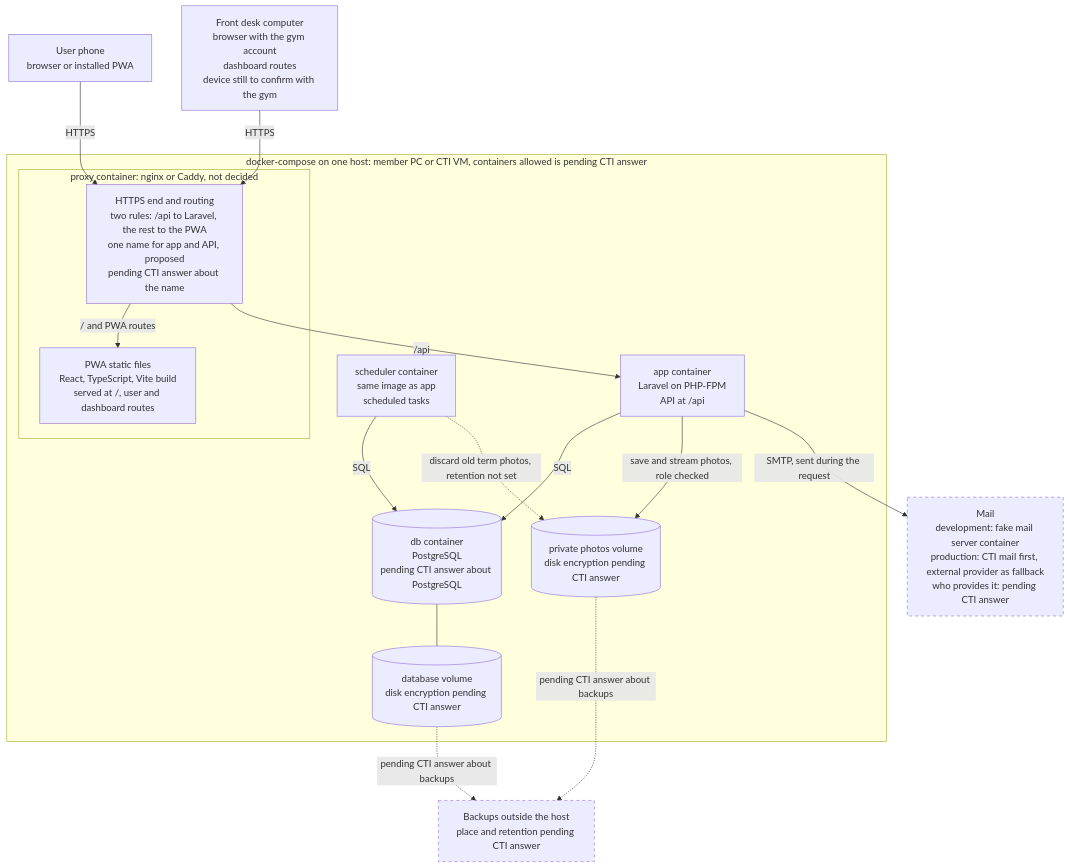
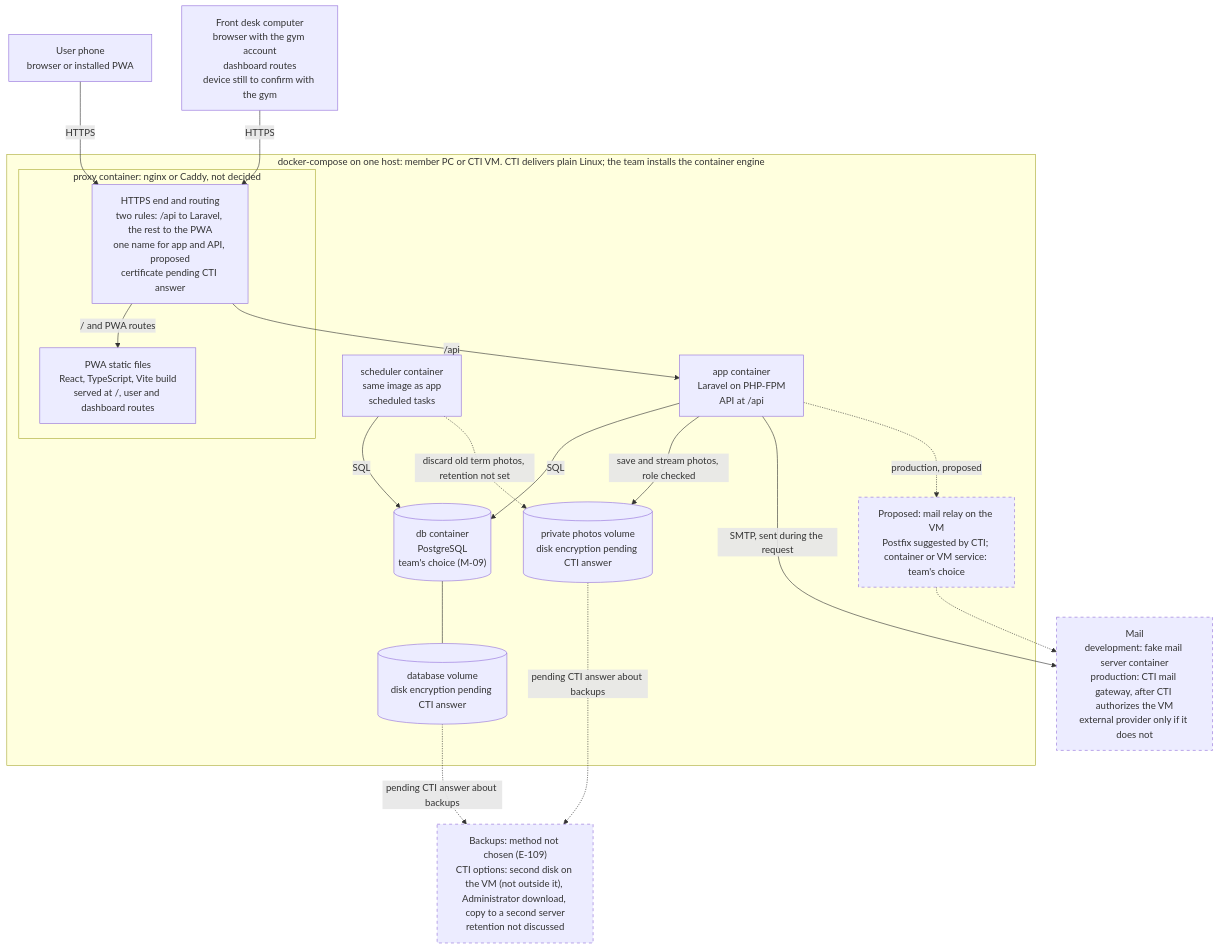
The second of 5 diagrams in docs/design/architecture.md (Th3-Minorities/natatorio-gym-app), drawn with Mermaid before and after one commit. The commit also changed other lines of this file and 7 other files, not shown here.

````diff
--- a/docs/design/architecture.md
+++ b/docs/design/architecture.md
@@ -61,36 +61,39 @@
 ```mermaid
 flowchart TD
   PH["User phone<br/>browser or installed PWA"]
   FD["Front desk computer<br/>browser with the gym account<br/>dashboard routes<br/>device still to confirm with the gym"]
 
-  subgraph HOST["docker-compose on one host: member PC or CTI VM, containers allowed is pending CTI answer"]
+  subgraph HOST["docker-compose on one host: member PC or CTI VM. CTI delivers plain Linux; the team installs the container engine"]
     subgraph PXC["proxy container: nginx or Caddy, not decided"]
-      PX["HTTPS end and routing<br/>two rules: /api to Laravel, the rest to the PWA<br/>one name for app and API, proposed<br/>pending CTI answer about the name"]
+      PX["HTTPS end and routing<br/>two rules: /api to Laravel, the rest to the PWA<br/>one name for app and API, proposed<br/>certificate pending CTI answer"]
       ST["PWA static files<br/>React, TypeScript, Vite build<br/>served at /, user and dashboard routes"]
     end
     APP["app container<br/>Laravel on PHP-FPM<br/>API at /api"]
     SCH["scheduler container<br/>same image as app<br/>scheduled tasks"]
-    DB[("db container<br/>PostgreSQL<br/>pending CTI answer about PostgreSQL")]
+    RELAY["Proposed: mail relay on the VM<br/>Postfix suggested by CTI; container or VM service: team's choice"]
+    DB[("db container<br/>PostgreSQL<br/>team's choice (M-09)")]
     DV[("database volume<br/>disk encryption pending CTI answer")]
     PV[("private photos volume<br/>disk encryption pending CTI answer")]
   end
 
-  MAIL["Mail<br/>development: fake mail server container<br/>production: CTI mail first, external provider as fallback<br/>who provides it: pending CTI answer"]
-  BK["Backups outside the host<br/>place and retention pending CTI answer"]
+  MAIL["Mail<br/>development: fake mail server container<br/>production: CTI mail gateway, after CTI authorizes the VM<br/>external provider only if it does not"]
+  BK["Backups: method not chosen (E-109)<br/>CTI options: second disk on the VM (not outside it), Administrator download, copy to a second server<br/>retention not discussed"]
 
   PH -->|"HTTPS"| PX
   FD -->|"HTTPS"| PX
   PX -->|"/ and PWA routes"| ST
   PX -->|"/api"| APP
   APP -->|"SQL"| DB
   DB --- DV
   APP -->|"save and stream photos, role checked"| PV
   SCH -->|"SQL"| DB
   SCH -.->|"discard old term photos, retention not set"| PV
   APP -->|"SMTP, sent during the request"| MAIL
+  APP -.->|"production, proposed"| RELAY
+  RELAY -.-> MAIL
   DV -.->|"pending CTI answer about backups"| BK
   PV -.->|"pending CTI answer about backups"| BK
 
   classDef pending stroke-dasharray: 5 5
-  class MAIL,BK pending
+  class MAIL,BK,RELAY pending
 ```
````
